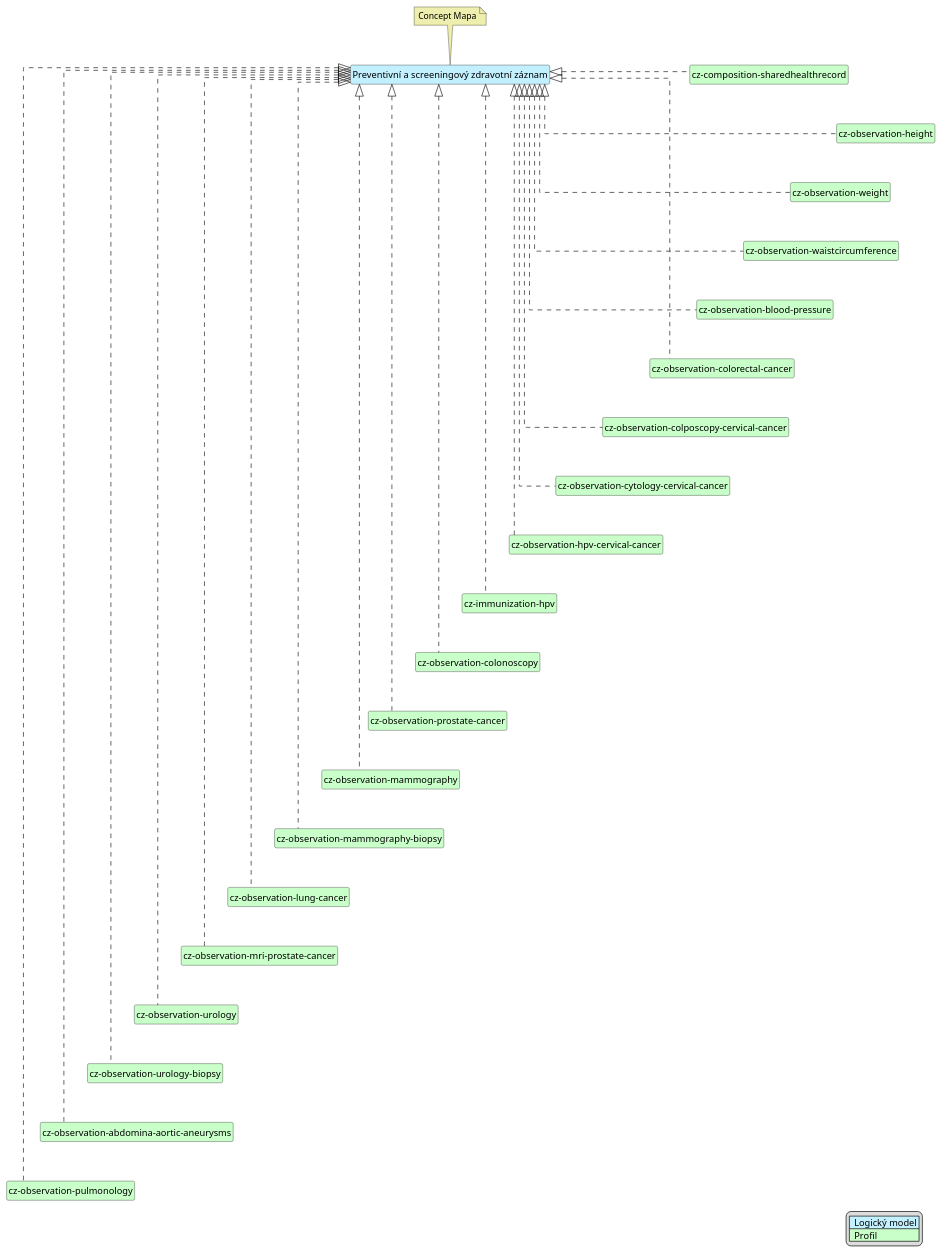
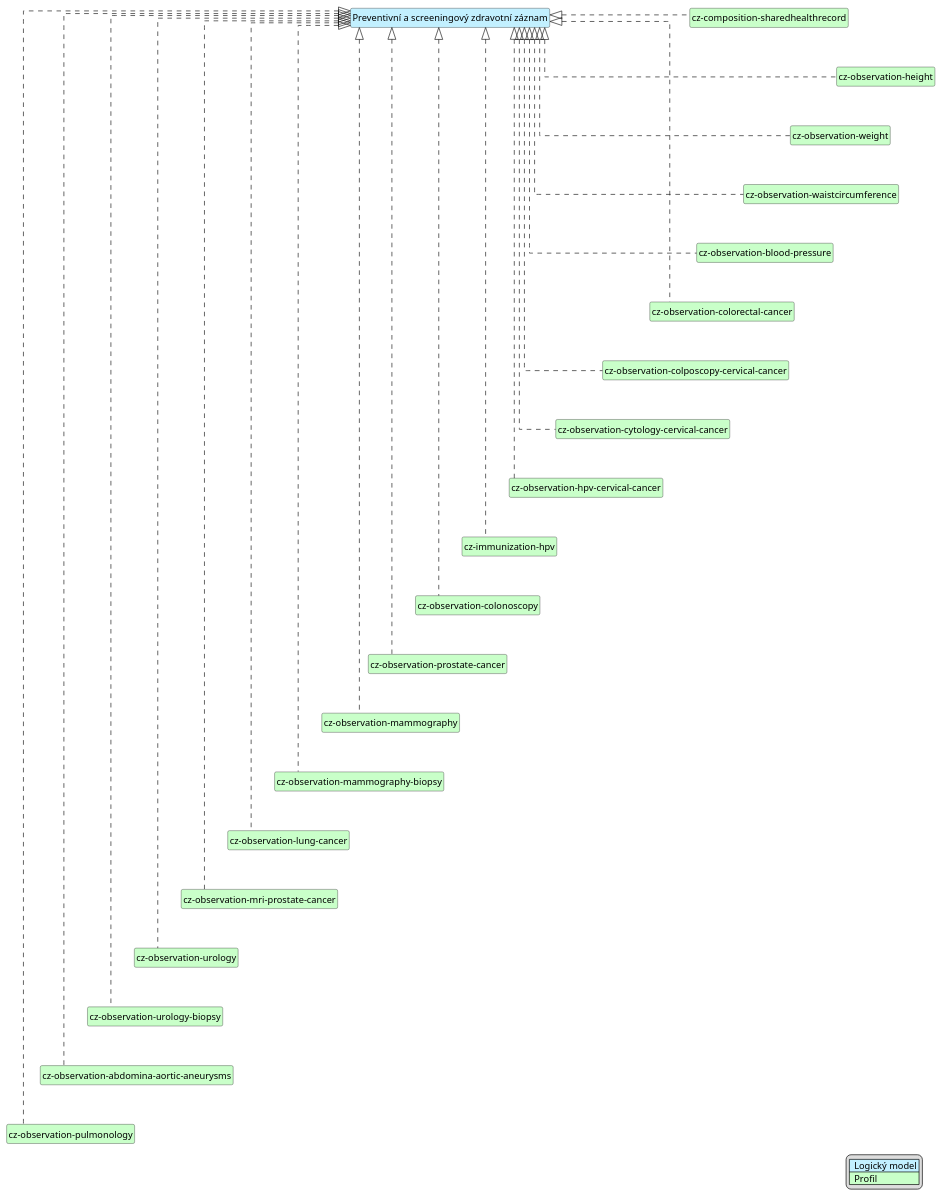
One commit to HL7-cz/szz changed the diagram in input/images-source/szz-scr-map-cs.plantuml. Above: the diagram before and after it, drawn with PlantUML. The commit also changed 13 other files, not shown here.

```diff
--- a/input/images-source/szz-scr-map-cs.plantuml
+++ b/input/images-source/szz-scr-map-cs.plantuml
@@ -1,84 +1,81 @@
 @startuml
 hide circle
 hide stereotype
 hide members
 hide methods
 skinparam linetype ortho
 skinparam class {
 BackgroundColor<<LogicalModel>> #APPLICATION
 BackgroundColor<<Profile>> #TECHNOLOGY
 }
 legend right
 | <#APPLICATION>  Logický model |
 | <#TECHNOLOGY>  Profil |
 endlegend
 
 class "Preventivní a screeningový zdravotní záznam" <<LogicalModel>> [[StructureDefinition-LogPreventiveAndScreeningRecordCz.html]]
-note top #EEEEAE [[ConceptMap-ScreeningRecord2FHIR-cz.html]]
-Concept Mapa
-endnote
 
 class "cz-composition-sharedhealthrecord" <<Profile>> [[StructureDefinition-cz-composition-sharedhealthrecord.html]]
 class "cz-observation-height" <<Profile>> [[StructureDefinition-cz-bodyheight.html]]
 class "cz-observation-weight" <<Profile>> [[StructureDefinition-cz-bodyweight.html]]
 class "cz-observation-waistcircumference" <<Profile>> [[StructureDefinition-cz-waist-circumference.html]]
 class "cz-observation-blood-pressure" <<Profile>> [[StructureDefinition-cz-observation-blood-pressure.html]]
 class "cz-observation-colorectal-cancer" <<Profile>> [[StructureDefinition-cz-observation-colorectal-cancer.html]]
 class "cz-observation-colposcopy-cervical-cancer" <<Profile>> [[StructureDefinition-cz-observation-colposcopy-cervical-cancer.html]]
 class "cz-observation-cytology-cervical-cancer" <<Profile>> [[StructureDefinition-cz-observation-cytology-cervical-cancer.html]]
 class "cz-observation-hpv-cervical-cancer" <<Profile>> [[StructureDefinition-cz-observation-hpv-cervical-cancer.html]]
 class "cz-immunization-hpv" <<Profile>> [[StructureDefinition-cz-immunization-hpv.html]]
 class "cz-observation-colonoscopy" <<Profile>> [[StructureDefinition-cz-observation-colonoscopy.html]]
 class "cz-observation-prostate-cancer" <<Profile>> [[StructureDefinition-cz-observation-prostate-cancer.html]]
 class "cz-observation-mammography" <<Profile>> [[StructureDefinition-cz-observation-mammography.html]]
 class "cz-observation-mammography-biopsy" <<Profile>> [[StructureDefinition-cz-observation-mammography-biopsy.html]]
 class "cz-observation-lung-cancer" <<Profile>> [[StructureDefinition-cz-observation-lung-cancer.html]]
 class "cz-observation-mri-prostate-cancer" <<Profile>> [[StructureDefinition-cz-observation-mri-prostate-cancer.html]]
 class "cz-observation-urology" <<Profile>> [[StructureDefinition-cz-observation-urology.html]]
 class "cz-observation-urology-biopsy" <<Profile>> [[StructureDefinition-cz-observation-urology-biopsy.html]]
 class "cz-observation-abdomina-aortic-aneurysms" <<Profile>> [[StructureDefinition-cz-observation-abdomina-aortic-aneurysms.html]]
 class "cz-observation-pulmonology" <<Profile>> [[StructureDefinition-cz-observation-pulmonology.html]]
 
 "Preventivní a screeningový zdravotní záznam" <|. "cz-composition-sharedhealthrecord"
 "Preventivní a screeningový zdravotní záznam" <|. "cz-observation-height"
 "Preventivní a screeningový zdravotní záznam" <|. "cz-observation-weight"
 "Preventivní a screeningový zdravotní záznam" <|. "cz-observation-waistcircumference"
 "Preventivní a screeningový zdravotní záznam" <|. "cz-observation-blood-pressure"
 "Preventivní a screeningový zdravotní záznam" <|. "cz-observation-colorectal-cancer"
 "Preventivní a screeningový zdravotní záznam" <|. "cz-observation-colposcopy-cervical-cancer"
 "Preventivní a screeningový zdravotní záznam" <|. "cz-observation-cytology-cervical-cancer"
 "Preventivní a screeningový zdravotní záznam" <|. "cz-observation-hpv-cervical-cancer"
 "Preventivní a screeningový zdravotní záznam" <|. "cz-immunization-hpv"
 "Preventivní a screeningový zdravotní záznam" <|. "cz-observation-colonoscopy"
 "Preventivní a screeningový zdravotní záznam" <|. "cz-observation-prostate-cancer"
 "Preventivní a screeningový zdravotní záznam" <|. "cz-observation-mammography"
 "Preventivní a screeningový zdravotní záznam" <|. "cz-observation-mammography-biopsy"
 "Preventivní a screeningový zdravotní záznam" <|. "cz-observation-lung-cancer"
 "Preventivní a screeningový zdravotní záznam" <|. "cz-observation-mri-prostate-cancer"
 "Preventivní a screeningový zdravotní záznam" <|. "cz-observation-urology"
 "Preventivní a screeningový zdravotní záznam" <|. "cz-observation-urology-biopsy"
 "Preventivní a screeningový zdravotní záznam" <|. "cz-observation-abdomina-aortic-aneurysms"
 "Preventivní a screeningový zdravotní záznam" <|. "cz-observation-pulmonology"
 
 "cz-composition-sharedhealthrecord" -d[hidden]-> "cz-observation-height"
 "cz-observation-height" -d[hidden]-> "cz-observation-weight"
 "cz-observation-weight" -d[hidden]-> "cz-observation-waistcircumference"
 "cz-observation-waistcircumference" -d[hidden]-> "cz-observation-blood-pressure"
 "cz-observation-blood-pressure" -d[hidden]-> "cz-observation-colorectal-cancer"
 "cz-observation-colorectal-cancer" -d[hidden]-> "cz-observation-colposcopy-cervical-cancer"
 "cz-observation-colposcopy-cervical-cancer" -d[hidden]-> "cz-observation-cytology-cervical-cancer"
 "cz-observation-cytology-cervical-cancer" -d[hidden]-> "cz-observation-hpv-cervical-cancer"
 "cz-observation-hpv-cervical-cancer" -d[hidden]-> "cz-immunization-hpv"
 "cz-immunization-hpv" -d[hidden]-> "cz-observation-colonoscopy"
 "cz-observation-colonoscopy" -d[hidden]-> "cz-observation-prostate-cancer"
 "cz-observation-prostate-cancer" -d[hidden]-> "cz-observation-mammography"
 "cz-observation-mammography" -d[hidden]-> "cz-observation-mammography-biopsy"
 "cz-observation-mammography-biopsy" -d[hidden]-> "cz-observation-lung-cancer"
 "cz-observation-lung-cancer" -d[hidden]-> "cz-observation-mri-prostate-cancer"
 "cz-observation-mri-prostate-cancer" -d[hidden]-> "cz-observation-urology"
 "cz-observation-urology" -d[hidden]-> "cz-observation-urology-biopsy"
 "cz-observation-urology-biopsy" -d[hidden]-> "cz-observation-abdomina-aortic-aneurysms"
 "cz-observation-abdomina-aortic-aneurysms" -d[hidden]-> "cz-observation-pulmonology"
 
 
 @enduml
```
